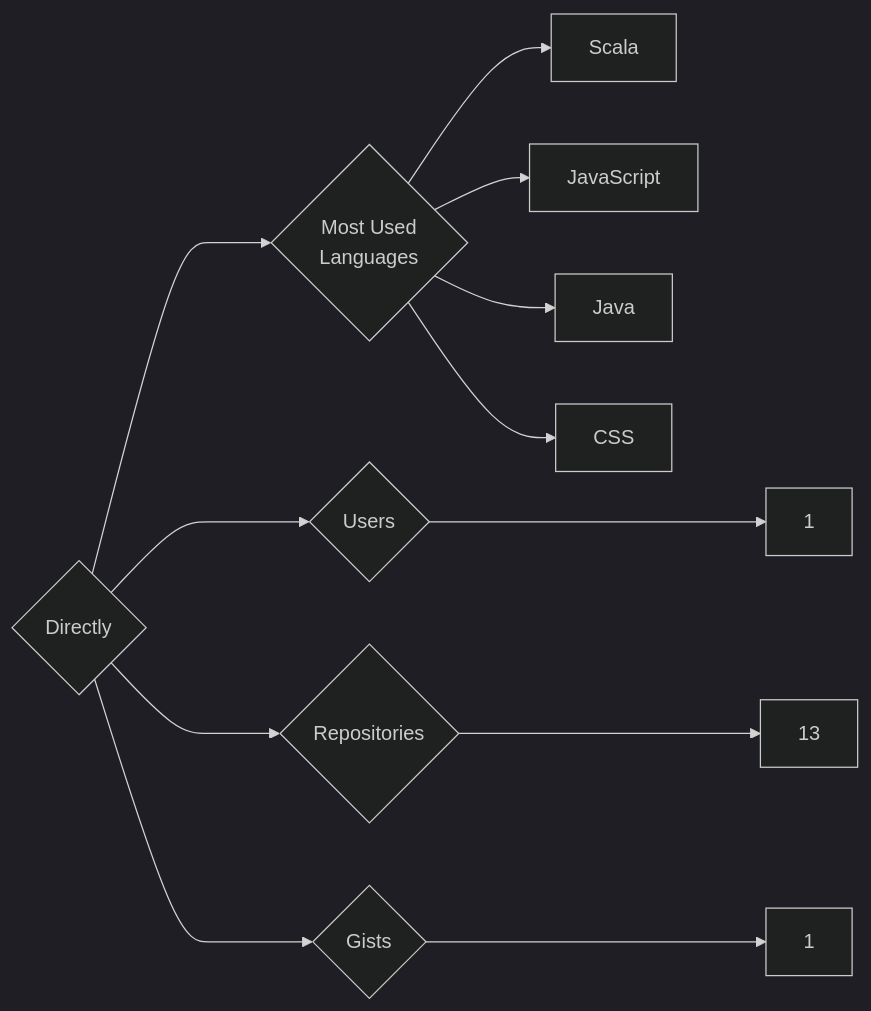
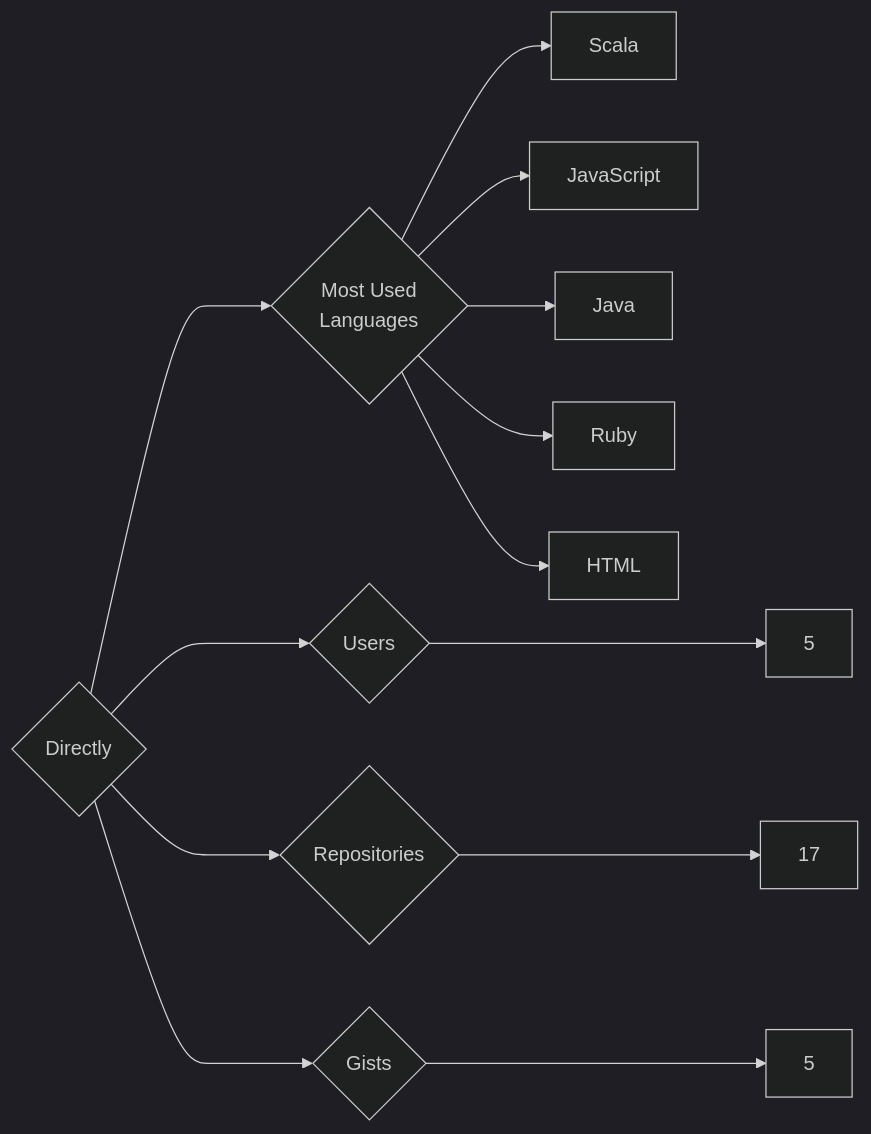
Before and after one commit to trickest/insiders: the diagram in targets/Directly/README.md, drawn with Mermaid (dark theme). The commit also changed 1088 other files, not shown here.

````diff
--- a/targets/Directly/README.md
+++ b/targets/Directly/README.md
@@ -3,12 +3,13 @@
 ```mermaid
 graph LR
 COMPANY_NAME{Directly}
-COMPANY_NAME ---> U{Users} ---> UN[1]
-COMPANY_NAME ---> R{Repositories} ---> RN[13]
-COMPANY_NAME ---> G{Gists} ---> GN[1]
+COMPANY_NAME ---> U{Users} ---> UN[5]
+COMPANY_NAME ---> R{Repositories} ---> RN[17]
+COMPANY_NAME ---> G{Gists} ---> GN[5]
 COMPANY_NAME ---> ML{Most Used<br>Languages}
 ML --> Scala[Scala]
 ML --> JavaScript[JavaScript]
 ML --> Java[Java]
-ML --> CSS[CSS]
+ML --> Ruby[Ruby]
+ML --> HTML[HTML]
 ```
````
